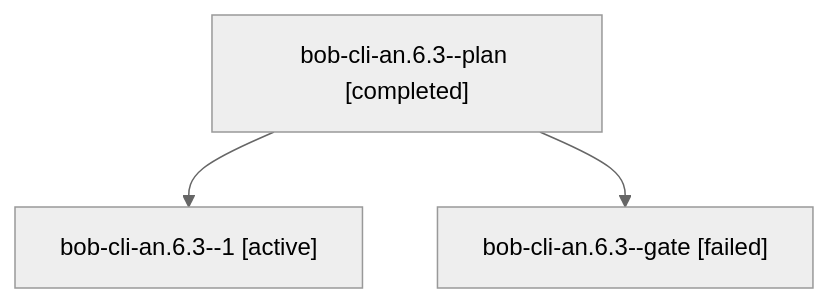
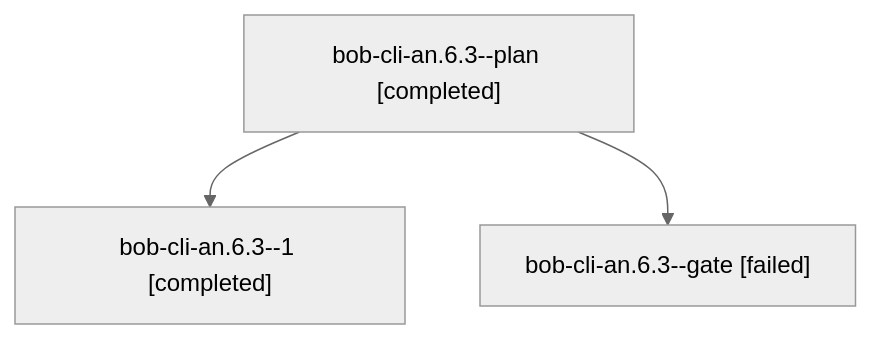
One commit to bobs-org/bob-cli--agents changed the diagram in sessions/bbugyi200.athena.bob-cli-an.6.3.md. Above: the diagram before and after it, drawn with Mermaid (neutral theme). The commit also changed other lines of this file and 57 other files, not shown here.

````diff
--- a/sessions/bbugyi200.athena.bob-cli-an.6.3.md
+++ b/sessions/bbugyi200.athena.bob-cli-an.6.3.md
@@ -9,8 +9,8 @@
 ```mermaid
 flowchart TD
   n0["bob-cli-an.6.3--plan [completed]"]
-  n1["bob-cli-an.6.3--1 [active]"]
+  n1["bob-cli-an.6.3--1 [completed]"]
   n0 --> n1
   n2["bob-cli-an.6.3--gate [failed]"]
   n0 --> n2
 ```
````
